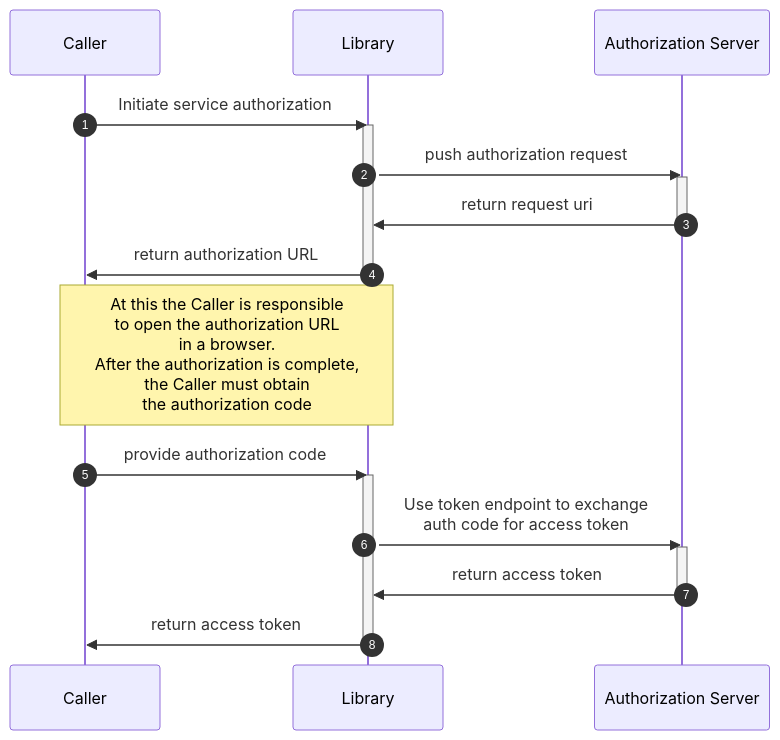
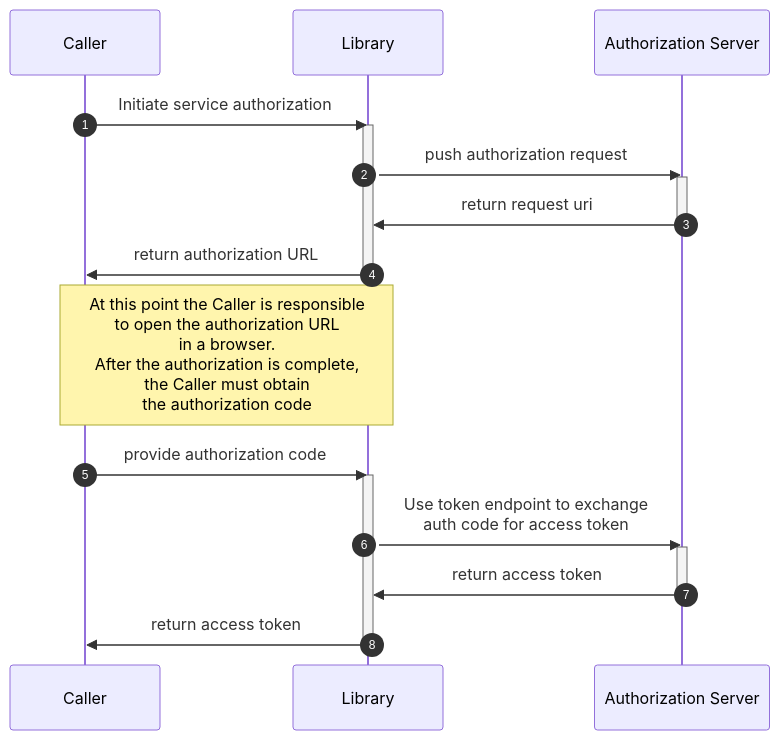
Before and after one commit to niscy-eudiw/eudi-lib-jvm-rqes-csc-kt: the third of 8 diagrams in README.md, drawn with Mermaid. The commit also changed other lines of this file, not shown here.

Commit message:
Updated README.md with the supported features of the library

````diff
--- a/README.md
+++ b/README.md
@@ -77,21 +112,21 @@
 ```mermaid
 sequenceDiagram
-autonumber
-Caller ->> Library: Initiate service authorization
-activate Library
-Library ->> Authorization Server: push authorization request
-activate Authorization Server
-Authorization Server ->> Library: return request uri
-deactivate Authorization Server
-Library ->> Caller: return authorization URL
-deactivate Library
-Note over Caller,Library: At this the Caller is responsible<br/>to open the authorization URL<br/> in a browser. <br/>After the authorization is complete, <br/>the Caller must obtain<br/> the authorization code
-Caller ->> Library: provide authorization code
-activate Library
-Library ->> Authorization Server: Use token endpoint to exchange<br/> auth code for access token
-activate Authorization Server
-Authorization Server ->> Library: return access token
-deactivate Authorization Server
-Library ->> Caller: return access token
-deactivate Library
+    autonumber
+    Caller ->> Library: Initiate service authorization
+    activate Library
+    Library ->> Authorization Server: push authorization request
+    activate Authorization Server
+    Authorization Server ->> Library: return request uri
+    deactivate Authorization Server
+    Library ->> Caller: return authorization URL
+    deactivate Library
+    Note over Caller, Library: At this point the Caller is responsible<br/>to open the authorization URL<br/> in a browser. <br/>After the authorization is complete, <br/>the Caller must obtain<br/> the authorization code
+    Caller ->> Library: provide authorization code
+    activate Library
+    Library ->> Authorization Server: Use token endpoint to exchange<br/> auth code for access token
+    activate Authorization Server
+    Authorization Server ->> Library: return access token
+    deactivate Authorization Server
+    Library ->> Caller: return access token
+    deactivate Library
 ```
````
